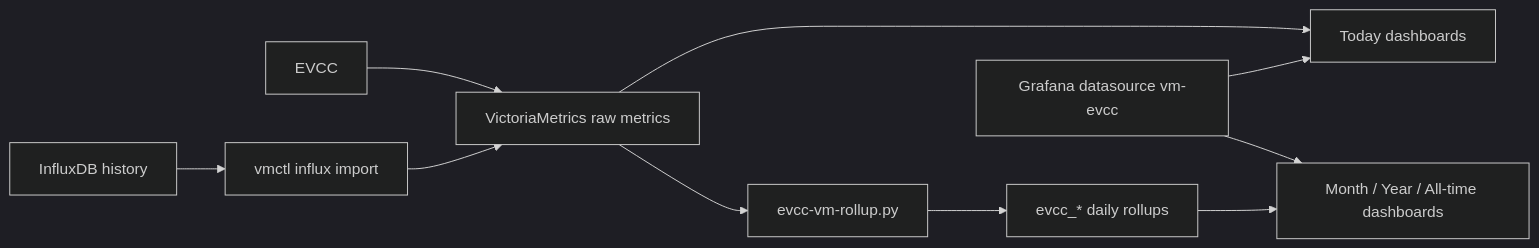
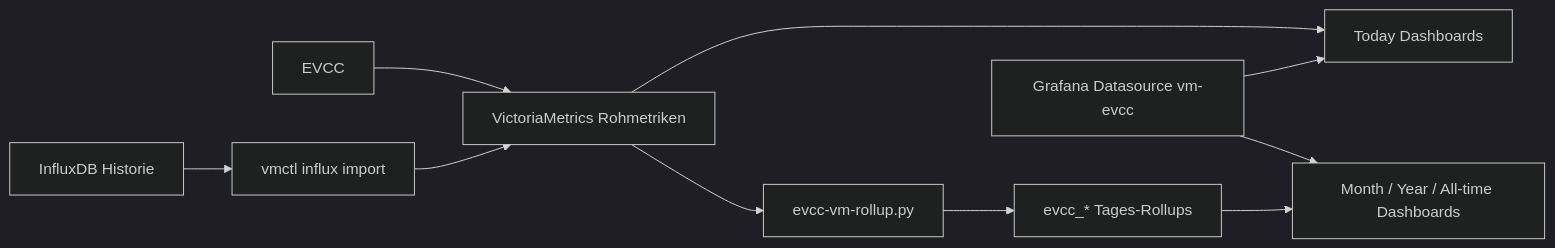
The diagram in docs/README.md (endurance1968/evcc-grafana-dashboards), drawn with Mermaid (dark theme) before and after one commit. The commit also changed other lines of this file and 65 other files, not shown here.

````diff
--- a/docs/README.md
+++ b/docs/README.md
@@ -46,11 +48,11 @@
 ```mermaid
 flowchart LR
-  EVCC["EVCC"] --> Raw["VictoriaMetrics raw metrics"]
-  Influx["InfluxDB history"] --> Import["vmctl influx import"] --> Raw
-  Raw --> Today["Today dashboards"]
+  EVCC["EVCC"] --> Raw["VictoriaMetrics Rohmetriken"]
+  Influx["InfluxDB Historie"] --> Import["vmctl influx import"] --> Raw
+  Raw --> Today["Today Dashboards"]
   Raw --> Rollup["evcc-vm-rollup.py"]
-  Rollup --> Daily["evcc_* daily rollups"]
-  Daily --> LongRange["Month / Year / All-time dashboards"]
-  Grafana["Grafana datasource vm-evcc"] --> Today
+  Rollup --> Daily["evcc_* Tages-Rollups"]
+  Daily --> LongRange["Month / Year / All-time Dashboards"]
+  Grafana["Grafana Datasource vm-evcc"] --> Today
   Grafana --> LongRange
 ```
````
